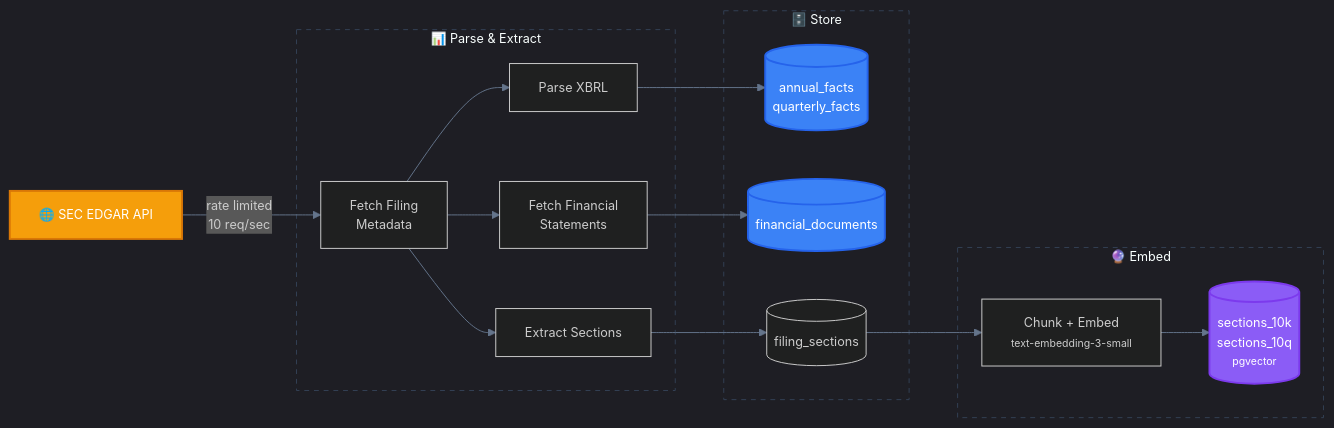
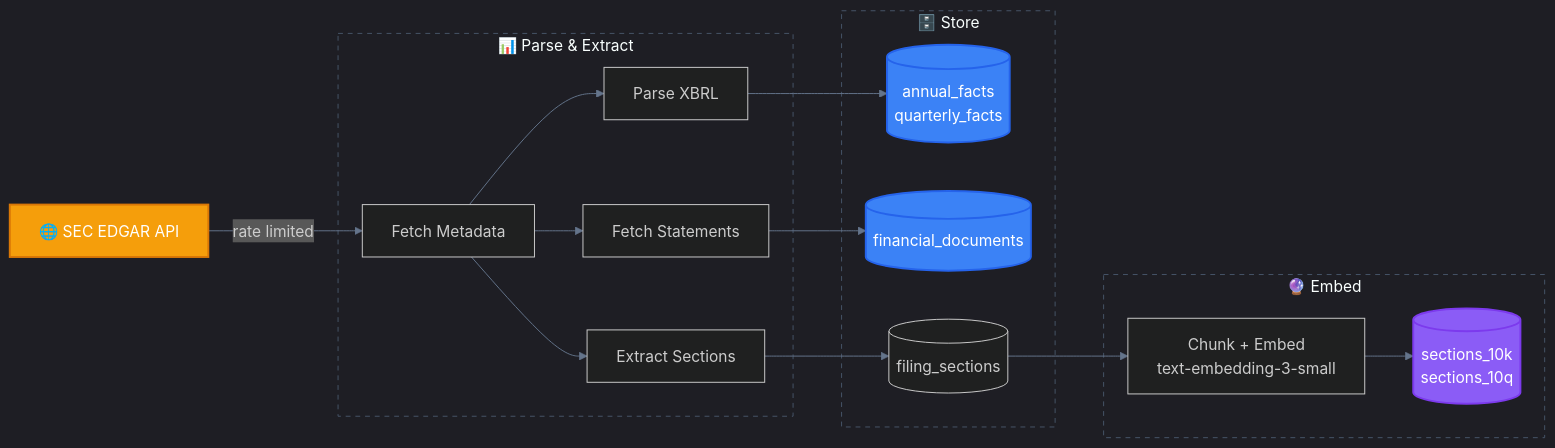
Before and after one commit to bhattaraisubal-eng/sec-intelligence-system: the second of 2 diagrams in README.md, drawn with Mermaid. The commit also changed other lines of this file and 3 other files, not shown here.

First line of the commit message:
Fix Mermaid diagram text cutoff - remove unsupported HTML tags

````diff
--- a/README.md
+++ b/README.md
@@ -137,34 +135,34 @@
 ```mermaid
-%%{init: {'theme': 'dark', 'themeVariables': {'primaryColor': '#1e293b', 'primaryBorderColor': '#475569', 'lineColor': '#64748b', 'fontFamily': 'ui-monospace, monospace', 'fontSize': '13px'}}}%%
+%%{init: {'theme': 'dark', 'themeVariables': {'primaryColor': '#1e293b', 'primaryBorderColor': '#475569', 'lineColor': '#64748b'}}}%%
 graph LR
-    A["🌐 SEC EDGAR API"] -->|"rate limited<br/>10 req/sec"| B["Fetch Filing<br/>Metadata"]
+    A["🌐 SEC EDGAR API"] -->|"rate limited"| B["Fetch Metadata"]
 
-    subgraph parse ["📊 Parse & Extract"]
+    subgraph parse [" 📊 Parse & Extract "]
         B --> C["Parse XBRL"]
-        B --> E["Fetch Financial<br/>Statements"]
+        B --> E["Fetch Statements"]
         B --> G["Extract Sections"]
     end
 
-    subgraph store ["🗄️ Store"]
+    subgraph store [" 🗄️ Store "]
         C --> D[("annual_facts<br/>quarterly_facts")]
         E --> F[("financial_documents")]
         G --> H[("filing_sections")]
     end
 
-    subgraph embed ["🔮 Embed"]
-        H --> I["Chunk + Embed<br/><small>text-embedding-3-small</small>"]
-        I --> J[("sections_10k<br/>sections_10q<br/><small>pgvector</small>")]
+    subgraph embed [" 🔮 Embed "]
+        H --> I["Chunk + Embed<br/>text-embedding-3-small"]
+        I --> J[("sections_10k<br/>sections_10q")]
     end
 
     classDef source fill:#f59e0b,stroke:#d97706,color:#fff,stroke-width:2px
     classDef db fill:#3b82f6,stroke:#2563eb,color:#fff,stroke-width:2px
     classDef vector fill:#8b5cf6,stroke:#7c3aed,color:#fff,stroke-width:2px
 
     class A source
     class D,F db
     class J vector
 
-    style parse fill:transparent,stroke:#334155,stroke-width:1px,stroke-dasharray:5 5
-    style store fill:transparent,stroke:#334155,stroke-width:1px,stroke-dasharray:5 5
-    style embed fill:transparent,stroke:#334155,stroke-width:1px,stroke-dasharray:5 5
+    style parse fill:transparent,stroke:#475569,stroke-width:1px,stroke-dasharray:5 5
+    style store fill:transparent,stroke:#475569,stroke-width:1px,stroke-dasharray:5 5
+    style embed fill:transparent,stroke:#475569,stroke-width:1px,stroke-dasharray:5 5
 ```
````
